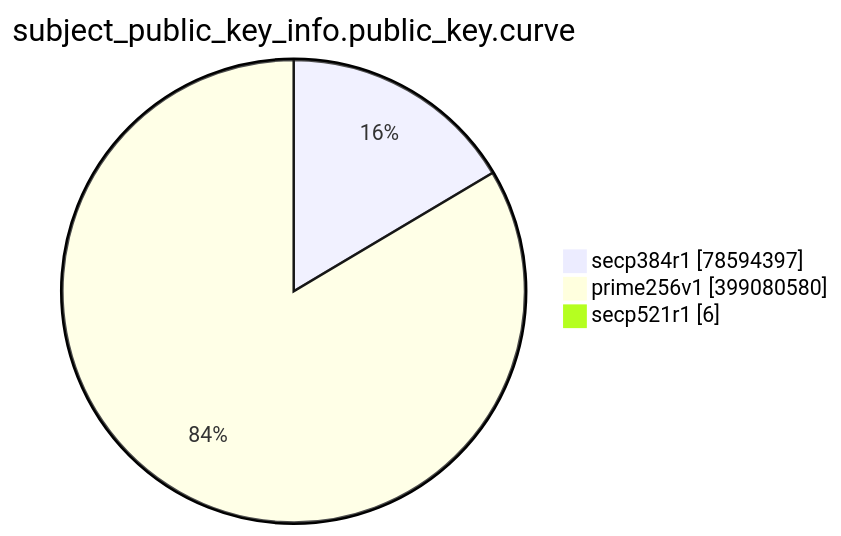
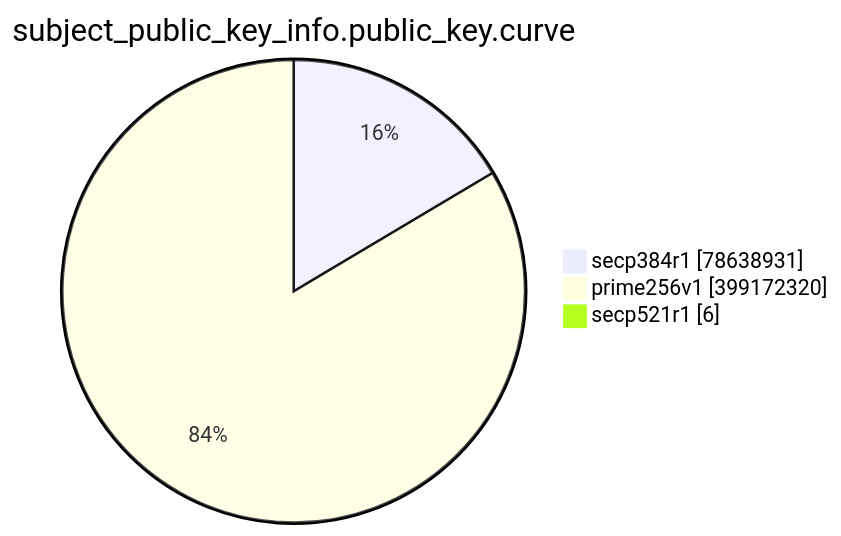
One commit to christiankrug/ctmonitor_visualization changed the eighth of 15 diagrams in TOTAL/README.md. Above: the diagram before and after it, drawn with Mermaid. The commit also changed other lines of this file, not shown here.

````diff
--- a/TOTAL/README.md
+++ b/TOTAL/README.md
@@ -3095,7 +3095,7 @@
 ```mermaid
 pie showData
 title subject_public_key_info.public_key.curve
-"secp384r1" :78594397
-"prime256v1" :399080580
+"secp384r1" :78638931
+"prime256v1" :399172320
 "secp521r1" :6
 ```
````
